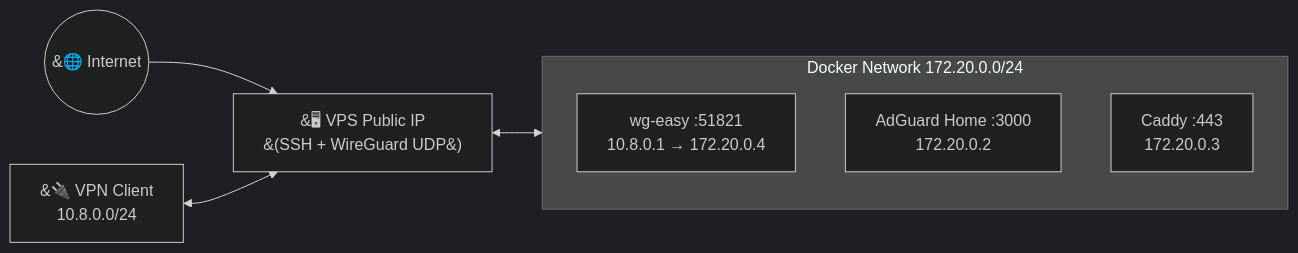
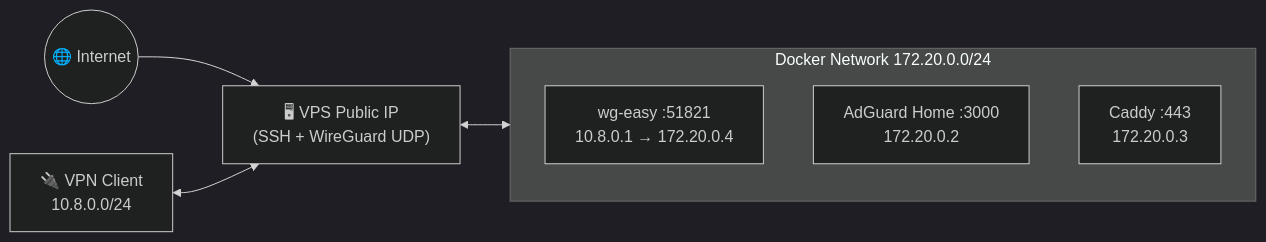
Before and after one commit to NikitaS2001/ansible-zero-trust-vps: the diagram in README.md, drawn with Mermaid (dark theme).

````diff
--- a/README.md
+++ b/README.md
@@ -20,15 +20,15 @@
 ```mermaid
 flowchart LR
-    Internet(("&#127760; Internet"))
-    Client["&#128268; VPN Client\n10.8.0.0/24"]
-    VPS["&#128421; VPS Public IP\n&#40;SSH + WireGuard UDP&#41;"]
+    Internet(("#127760; Internet"))
+    Client["#128268; VPN Client\n10.8.0.0/24"]
+    VPS["#128421; VPS Public IP\n#40;SSH + WireGuard UDP#41;"]
     subgraph Docker_Network["Docker Network 172.20.0.0/24"]
         WG["wg-easy :51821\n10.8.0.1 → 172.20.0.4"]
         AD["AdGuard Home :3000\n172.20.0.2"]
         CAD["Caddy :443\n172.20.0.3"]
     end
 
     Internet --> VPS
     Client <--> VPS
     VPS <--> Docker_Network
 ```
````
